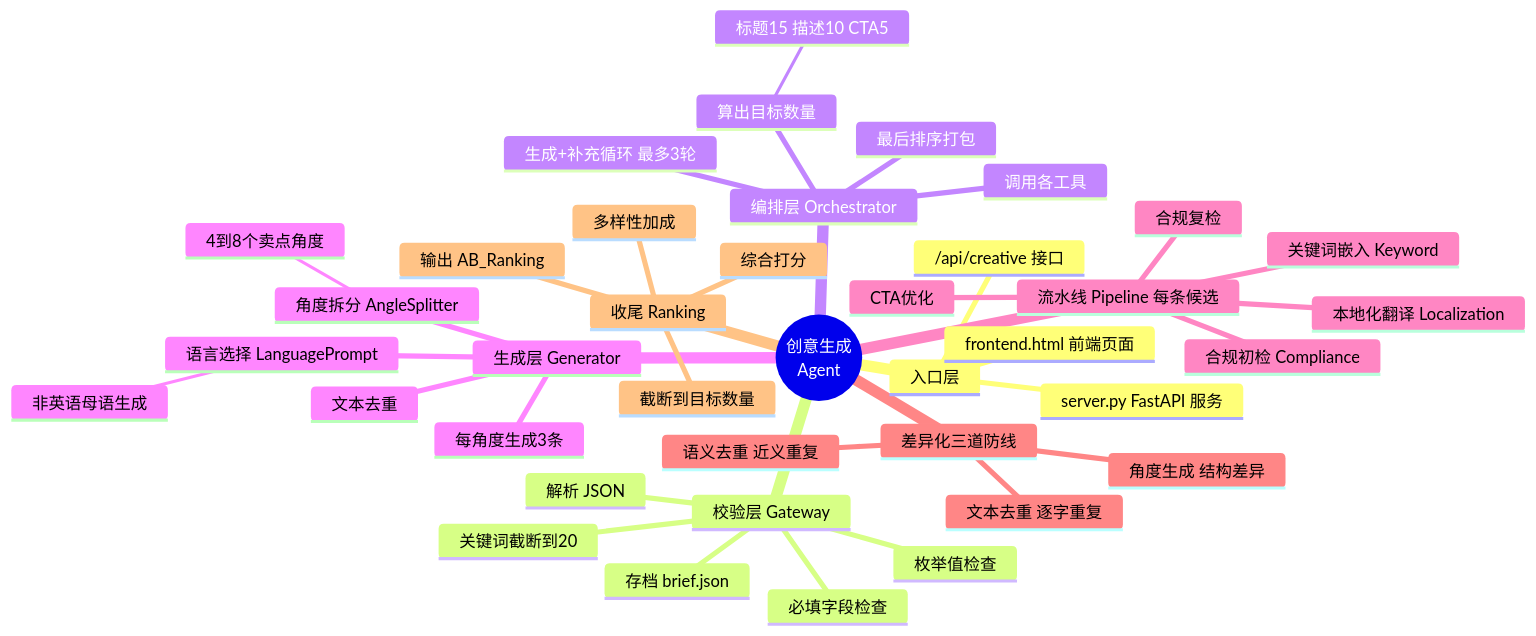
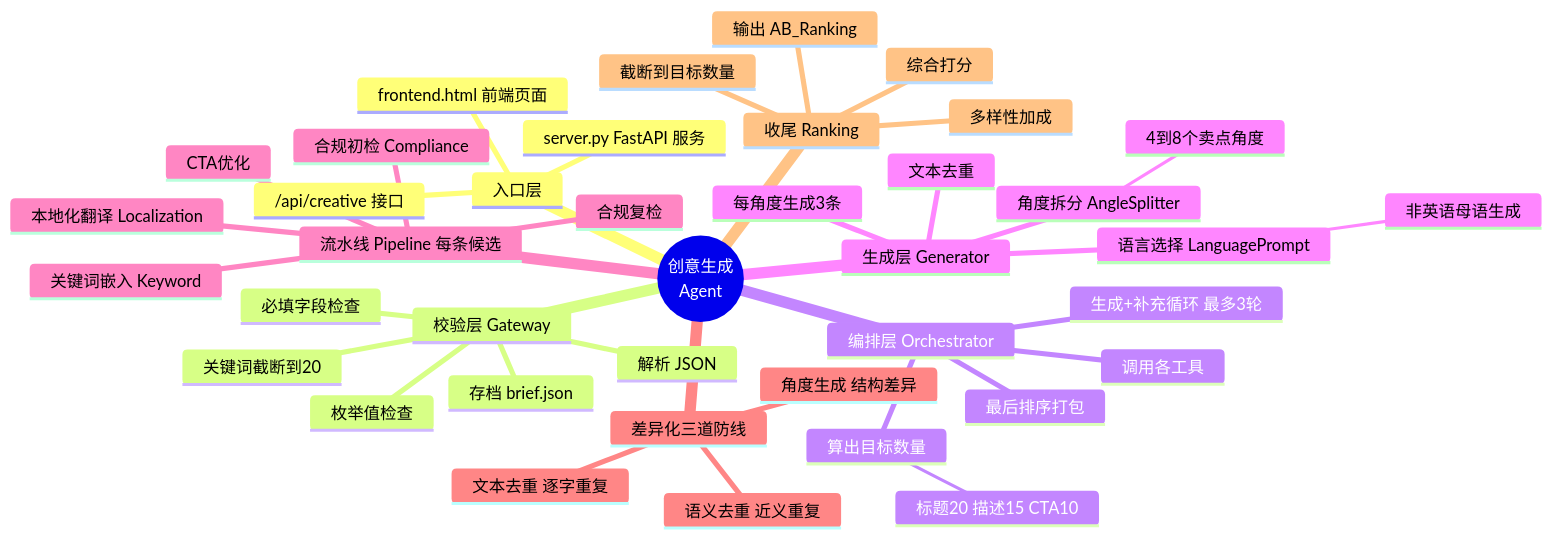
Before and after one commit to kangshengzhe/creative-editor-agent: the first of 4 diagrams in docs/WORKFLOW.md, drawn with Mermaid. The commit also changed other lines of this file and 3 other files, not shown here.

````diff
--- a/docs/WORKFLOW.md
+++ b/docs/WORKFLOW.md
@@ -11,42 +11,42 @@
 ```mermaid
 mindmap
   root((创意生成<br/>Agent))
     入口层
       frontend.html 前端页面
       server.py FastAPI 服务
       /api/creative 接口
     校验层 Gateway
       解析 JSON
       必填字段检查
       枚举值检查
       关键词截断到20
       存档 brief.json
     编排层 Orchestrator
       算出目标数量
-        标题15 描述10 CTA5
+        标题20 描述15 CTA10
       生成+补充循环 最多3轮
       调用各工具
       最后排序打包
     生成层 Generator
       角度拆分 AngleSplitter
         4到8个卖点角度
       语言选择 LanguagePrompt
         非英语母语生成
       每角度生成3条
       文本去重
     流水线 Pipeline 每条候选
       合规初检 Compliance
       本地化翻译 Localization
       关键词嵌入 Keyword
       合规复检
       CTA优化
     差异化三道防线
       文本去重 逐字重复
       语义去重 近义重复
       角度生成 结构差异
     收尾 Ranking
       综合打分
       多样性加成
       截断到目标数量
       输出 AB_Ranking
 ```
````
